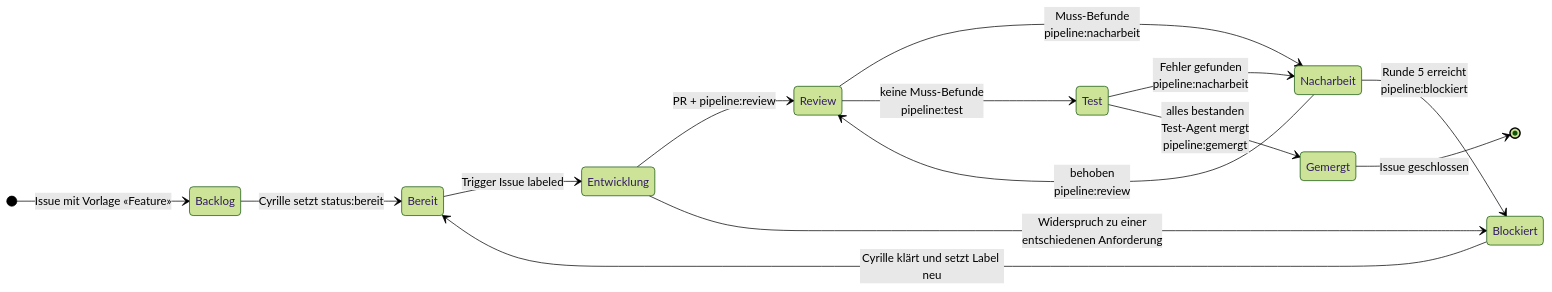
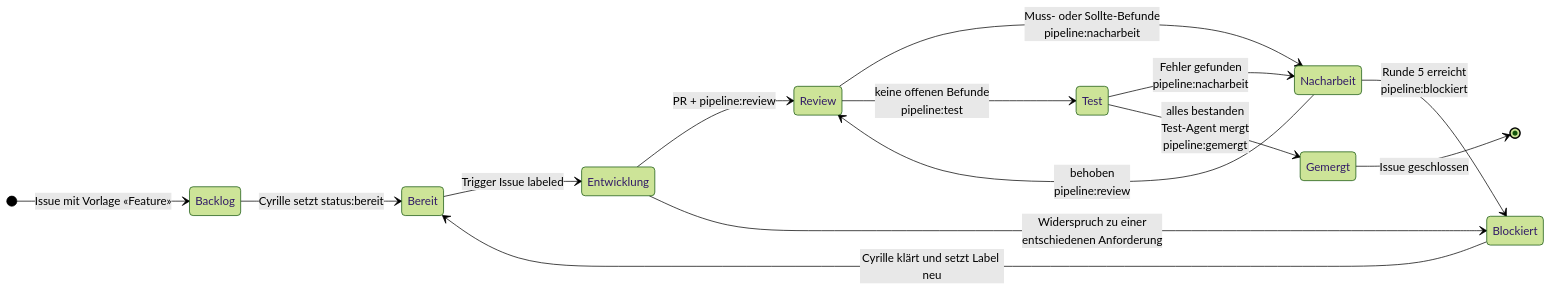
One commit to cyrilleulmi/StvBeroPlatform changed the diagram in docs/pipeline/README.md. Above: the diagram before and after it, drawn with Mermaid (forest theme). The commit also changed other lines of this file and 4 other files, not shown here.

First line of the commit message:
Pipeline: Befunde vor dem Merge beheben statt als Issue (E-63)

````diff
--- a/docs/pipeline/README.md
+++ b/docs/pipeline/README.md
@@ -20,17 +20,17 @@
 ```mermaid
 stateDiagram-v2
     direction LR
     [*] --> Backlog: Issue mit Vorlage «Feature»
     Backlog --> Bereit: Cyrille setzt status:bereit
     Bereit --> Entwicklung: Trigger Issue labeled
     Entwicklung --> Review: PR + pipeline:review
-    Review --> Nacharbeit: Muss-Befunde<br/>pipeline:nacharbeit
-    Review --> Test: keine Muss-Befunde<br/>pipeline:test
+    Review --> Nacharbeit: Muss- oder Sollte-Befunde<br/>pipeline:nacharbeit
+    Review --> Test: keine offenen Befunde<br/>pipeline:test
     Test --> Nacharbeit: Fehler gefunden<br/>pipeline:nacharbeit
     Test --> Gemergt: alles bestanden<br/>Test-Agent mergt<br/>pipeline:gemergt
     Nacharbeit --> Review: behoben<br/>pipeline:review
     Nacharbeit --> Blockiert: Runde 5 erreicht<br/>pipeline:blockiert
     Entwicklung --> Blockiert: Widerspruch zu einer<br/>entschiedenen Anforderung
     Blockiert --> Bereit: Cyrille klärt und setzt Label neu
     Gemergt --> [*]: Issue geschlossen
 ```
````
